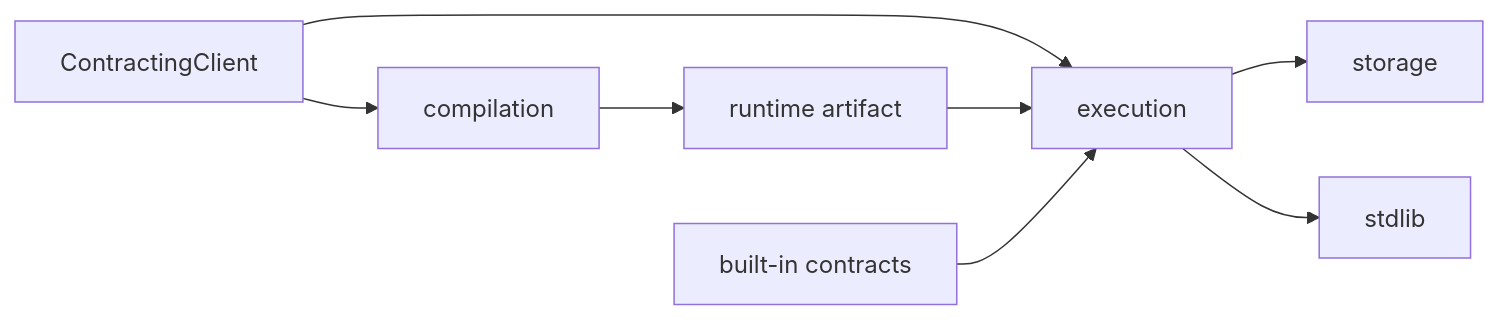
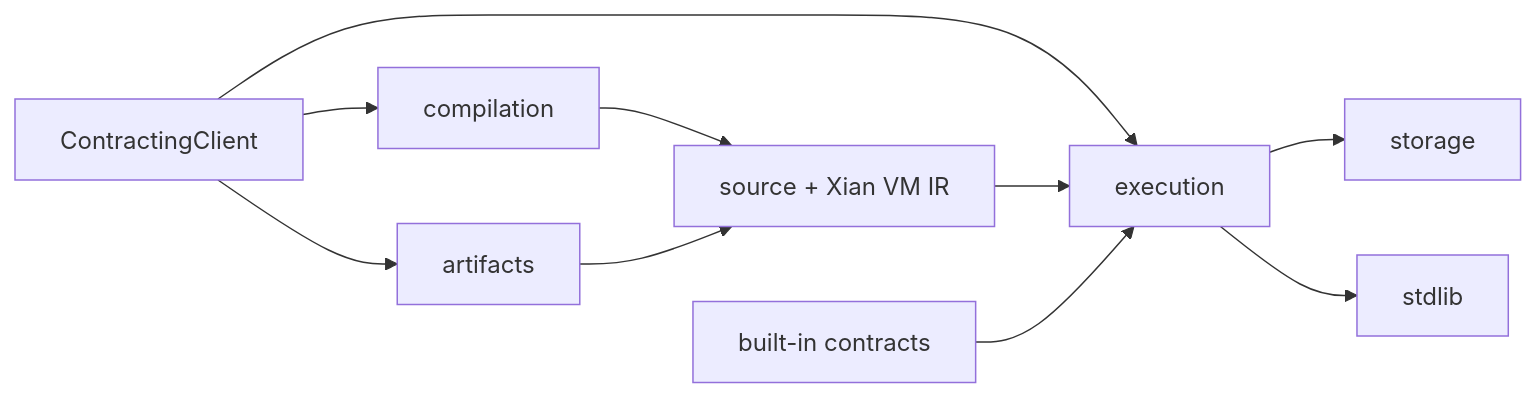
Before and after one commit to xian-technology/xian-contracting: the diagram in src/contracting/README.md, drawn with Mermaid. The commit also changed other lines of this file and 162 other files, not shown here.

Commit message:
Focus contracting on Xian VM

````diff
--- a/src/contracting/README.md
+++ b/src/contracting/README.md
@@ -21,10 +22,12 @@
 ```mermaid
 flowchart LR
-  Client["ContractingClient"] --> Compilation["compilation"]
+  Client["ContractingClient"] --> Artifacts["artifacts"]
+  Client --> Compilation["compilation"]
   Client --> Execution["execution"]
   Execution --> Storage["storage"]
   Execution --> Stdlib["stdlib"]
-  Compilation --> Artifact["runtime artifact"]
+  Compilation --> Artifact["source + Xian VM IR"]
+  Artifacts --> Artifact
   Artifact --> Execution
   Contracts["built-in contracts"] --> Execution
 ```
````
